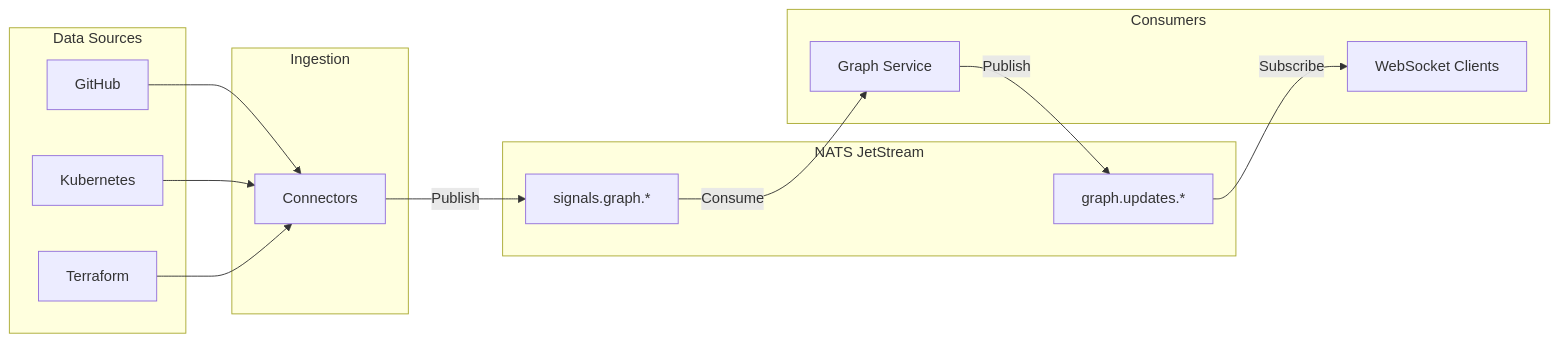
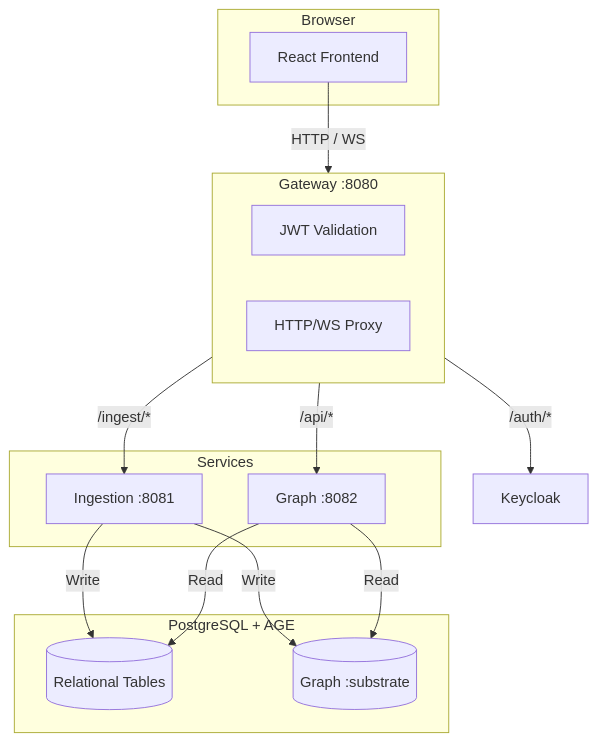
Before and after one commit to invariantcontinuum/substrate: the first of 2 diagrams in docs/architecture/overview.md, drawn with Mermaid. The commit also changed other lines of this file and 19 other files, not shown here.

````diff
--- a/docs/architecture/overview.md
+++ b/docs/architecture/overview.md
@@ -99,31 +88,31 @@
 ```mermaid
-flowchart LR
-    subgraph Sources["Data Sources"]
-        GH[GitHub]
-        K8s[Kubernetes]
-        TF[Terraform]
+flowchart TB
+    subgraph Browser["Browser"]
+        UI[React Frontend]
     end
-    
-    subgraph Ingestion["Ingestion"]
-        CONN[Connectors]
+
+    subgraph Gateway["Gateway :8080"]
+        AUTH[JWT Validation]
+        PROXY[HTTP/WS Proxy]
     end
-    
-    subgraph EventBus["NATS JetStream"]
-        STREAM[signals.graph.*]
-        UPDATES[graph.updates.*]
+
+    subgraph Services["Services"]
+        ING[Ingestion :8081]
+        GRAPH[Graph :8082]
     end
-    
-    subgraph Consumers["Consumers"]
-        GS[Graph Service]
-        WS[WebSocket Clients]
+
+    subgraph Data["PostgreSQL + AGE"]
+        REL[(Relational Tables)]
+        AGE[(Graph :substrate)]
     end
-    
-    GH --> CONN
-    K8s --> CONN
-    TF --> CONN
-    
-    CONN -->|Publish| STREAM
-    STREAM -->|Consume| GS
-    GS -->|Publish| UPDATES
-    UPDATES -->|Subscribe| WS
+
+    UI -->|HTTP / WS| Gateway
+    Gateway -->|/api/*| GRAPH
+    Gateway -->|/ingest/*| ING
+    Gateway -->|/auth/*| Keycloak
+
+    ING -->|Write| REL
+    ING -->|Write| AGE
+    GRAPH -->|Read| REL
+    GRAPH -->|Read| AGE
 ```
````
